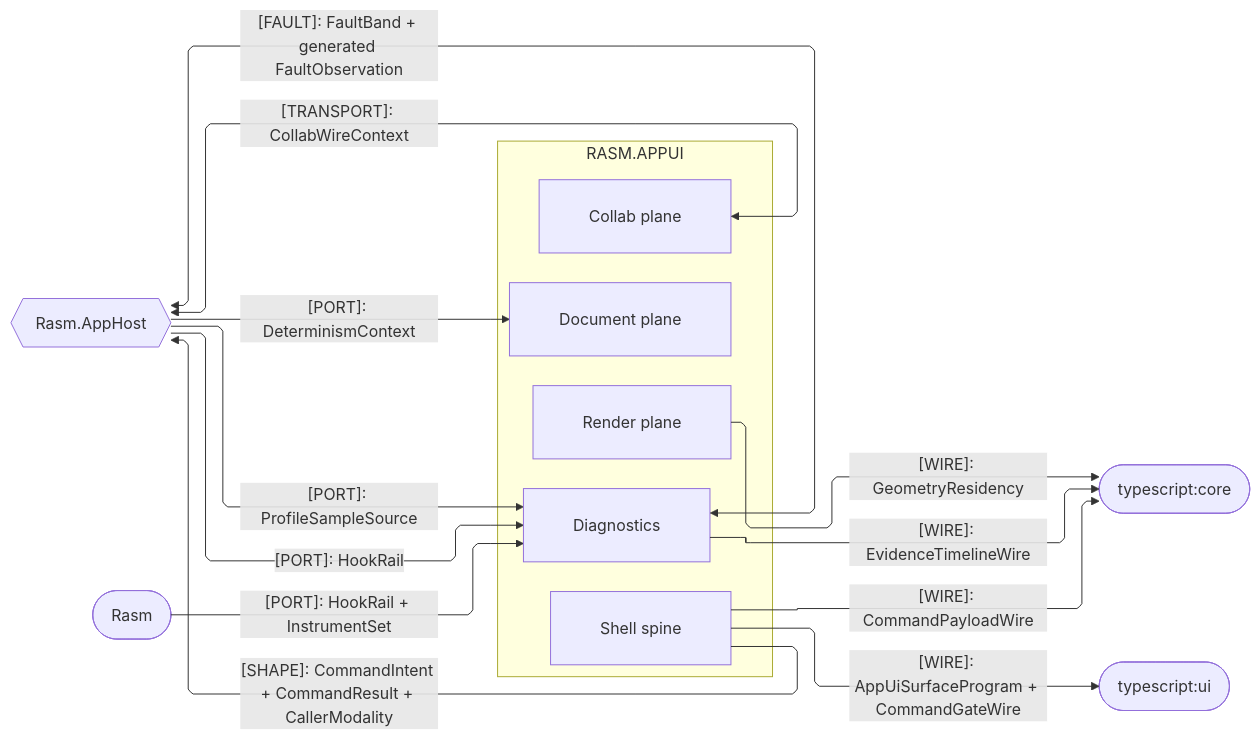
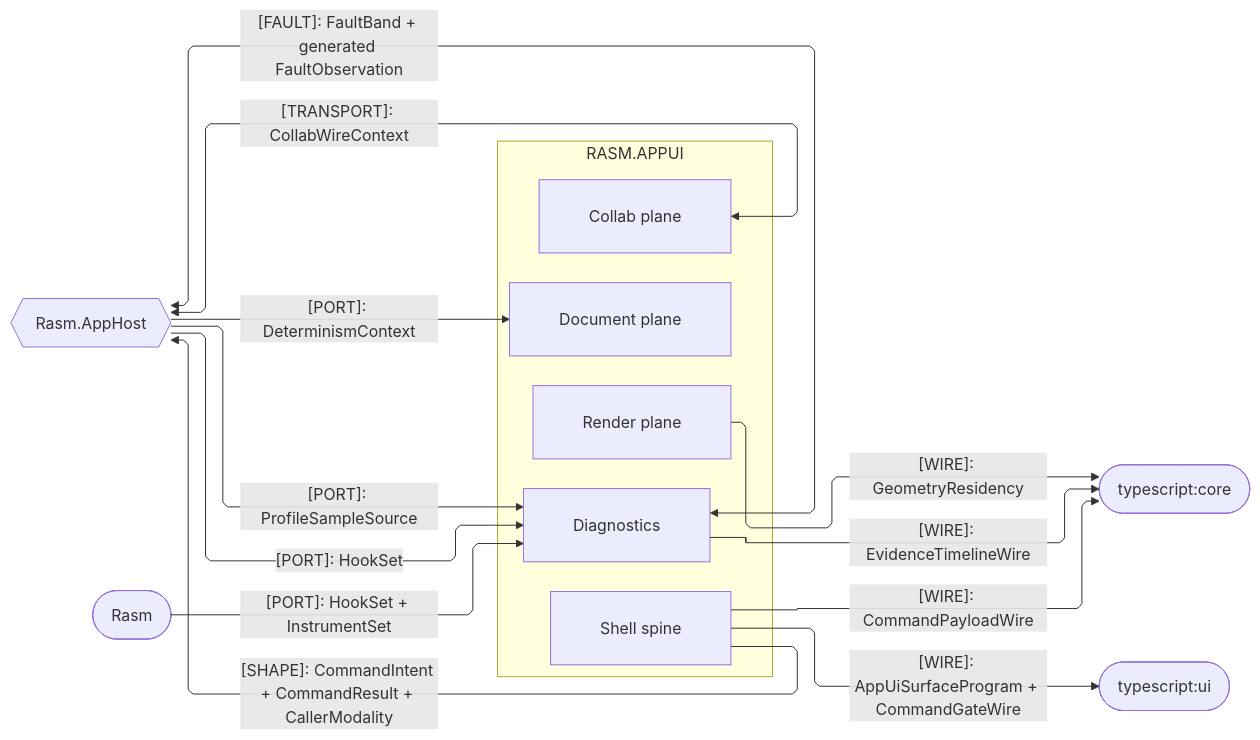
One commit to bsamiee/Rasm changed the third of 4 diagrams in libs/dotnet/Rasm.AppUi/ARCHITECTURE.md. Above: the diagram before and after it, drawn with Mermaid. The commit also changed other lines of this file and 1997 other files, not shown here.

````diff
--- a/libs/dotnet/Rasm.AppUi/ARCHITECTURE.md
+++ b/libs/dotnet/Rasm.AppUi/ARCHITECTURE.md
@@ -206,34 +206,34 @@
 ```mermaid
 ---
 config:
   layout: elk
   flowchart:
     curve: linear
     padding: 25
 ---
 flowchart LR
-    accTitle: AppUi platform-host and cross-runtime wire seams
+    accTitle: AppUi platform-host and cross-runtime wire boundaries
     accDescr: AppUi owners exchanging wires, ports, transport, the command shape, and the fault-band adjacency with the app host and TypeScript peers.
     subgraph appui[RASM.APPUI]
         Shell[Shell spine]
         Render[Render plane]
         Document[Document plane]
         Collab[Collab plane]
         Diagnostics[Diagnostics]
     end
     AppHost{{Rasm.AppHost}}
     Rasm([Rasm])
     Core([typescript:core])
     Ui([typescript:ui])
     Shell e1@-->|"[WIRE]: CommandPayloadWire"| Core
     Render e2@-->|"[WIRE]: GeometryResidency"| Core
     Diagnostics e3@-->|"[WIRE]: EvidenceTimelineWire"| Core
     Shell e4@-->|"[WIRE]: AppUiSurfaceProgram + CommandGateWire"| Ui
     AppHost e5@-->|"[PORT]: DeterminismContext"| Document
     Diagnostics e6@<-->|"[FAULT]: FaultBand + generated FaultObservation"| AppHost
-    Rasm e7@-->|"[PORT]: HookRail + InstrumentSet"| Diagnostics
-    AppHost e8@-->|"[PORT]: HookRail"| Diagnostics
+    Rasm e7@-->|"[PORT]: HookSet + InstrumentSet"| Diagnostics
+    AppHost e8@-->|"[PORT]: HookSet"| Diagnostics
     AppHost e9@-->|"[PORT]: ProfileSampleSource"| Diagnostics
     Collab e10@<-->|"[TRANSPORT]: CollabWireContext"| AppHost
     Shell e11@-->|"[SHAPE]: CommandIntent + CommandResult + CallerModality"| AppHost
 ```
````
